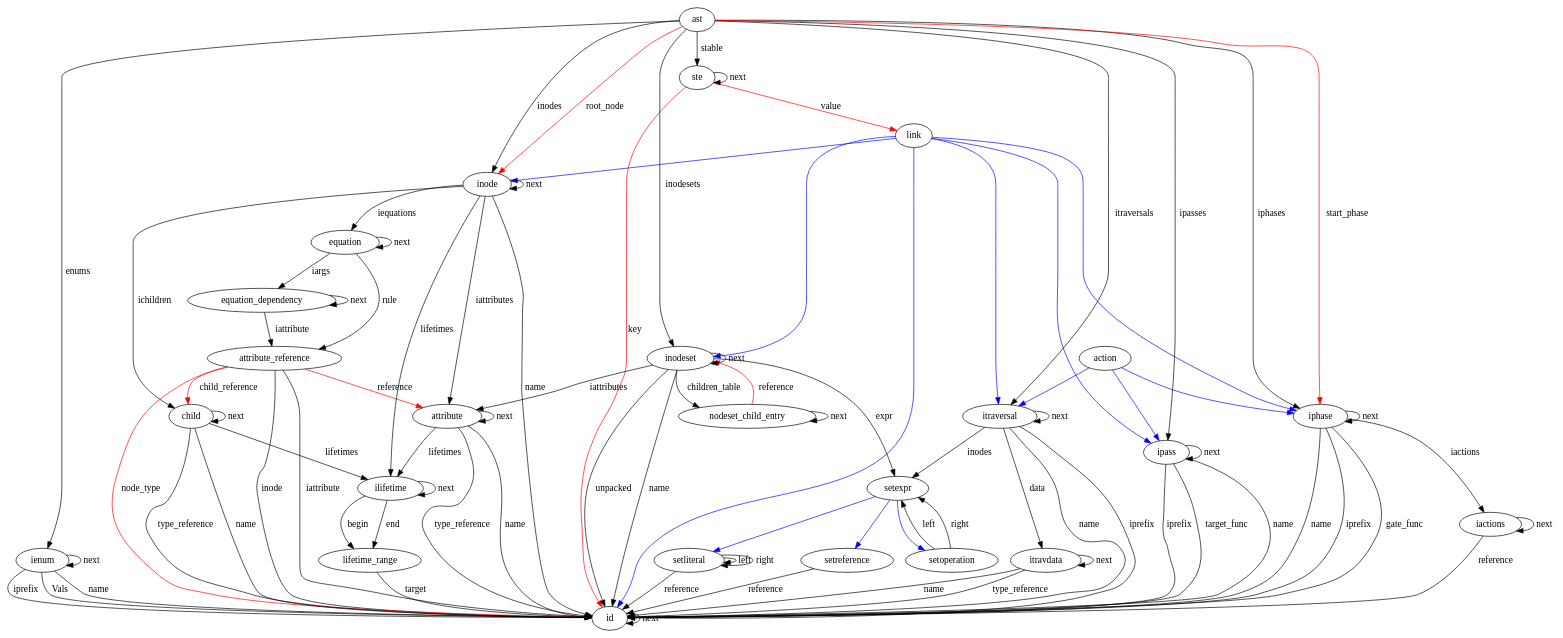
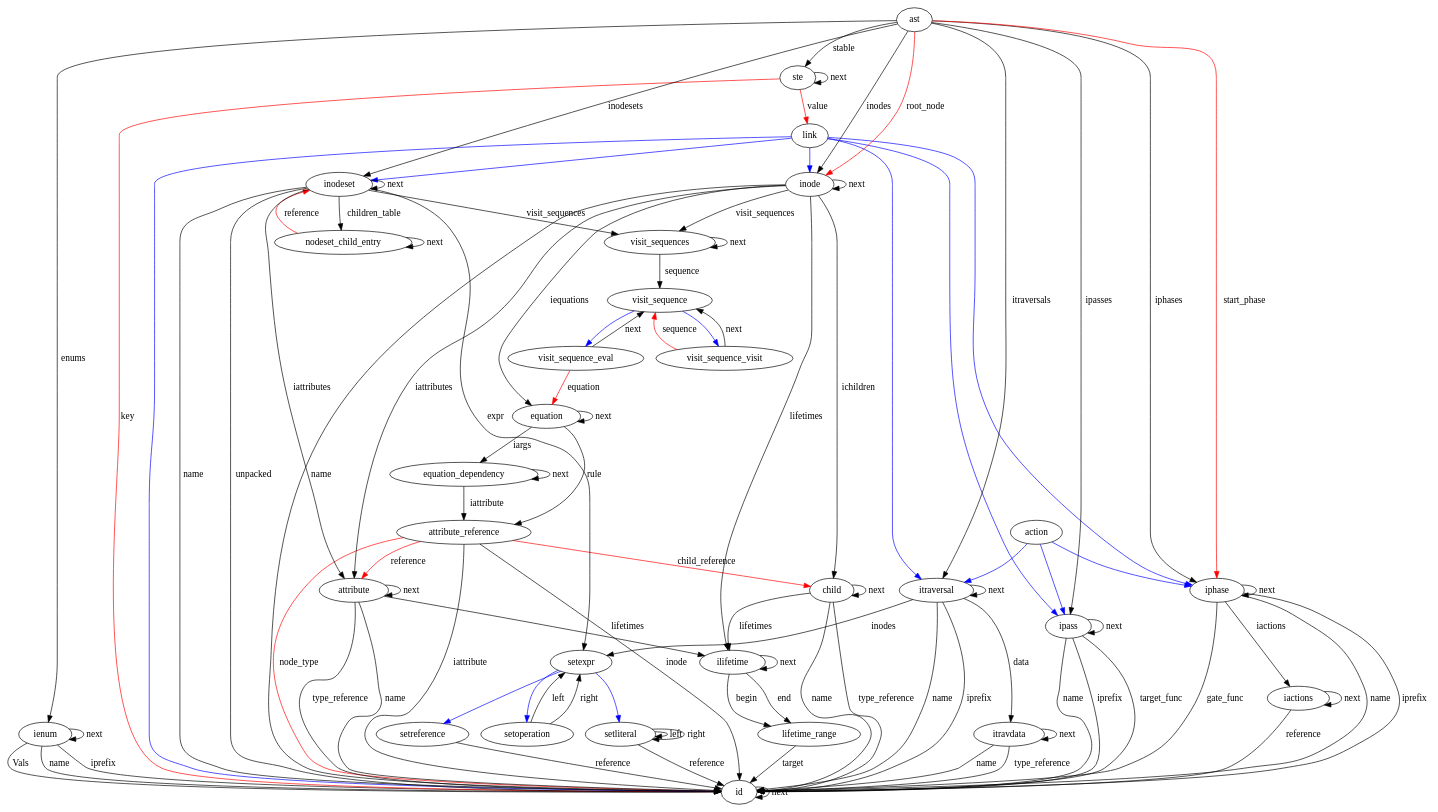
One commit to CoCoNut-UvA/coconut changed the diagram in cocogen/ccngen/ast.dot. Above: the diagram before and after it, drawn with Graphviz. The commit also changed 16 other files, not shown here.

Commit message:
WIP create visit sequences

```diff
--- a/cocogen/ccngen/ast.dot
+++ b/cocogen/ccngen/ast.dot
@@ -1,117 +1,131 @@
 digraph Ast {
 id;
 id -> id[label="next"]
 ienum;
 ienum -> id[label="Vals"]
 ienum -> id[label="name"]
 ienum -> id[label="iprefix"]
 ienum -> ienum[label="next"]
+visit_sequence_visit;
+visit_sequence_visit -> visit_sequence[label="next"]
+visit_sequence_visit -> visit_sequence[color=red, label="sequence"]
+visit_sequence_eval;
+visit_sequence_eval -> visit_sequence[label="next"]
+visit_sequence_eval -> equation[color=red, label="equation"]
+visit_sequences;
+visit_sequences -> visit_sequence[label="sequence"]
+visit_sequences -> visit_sequences[label="next"]
 attribute_reference;
 attribute_reference -> id[label="inode"]
 attribute_reference -> id[label="iattribute"]
 attribute_reference -> id[color=red, label="node_type"]
 attribute_reference -> attribute[color=red, label="reference"]
 attribute_reference -> child[color=red, label="child_reference"]
 equation_dependency;
 equation_dependency -> attribute_reference[label="iattribute"]
 equation_dependency -> equation_dependency[label="next"]
 equation;
 equation -> attribute_reference[label="rule"]
 equation -> equation_dependency[label="iargs"]
 equation -> equation[label="next"]
 attribute;
 attribute -> id[label="name"]
 attribute -> id[label="type_reference"]
 attribute -> ilifetime[label="lifetimes"]
 attribute -> attribute[label="next"]
 itravdata;
 itravdata -> id[label="name"]
 itravdata -> id[label="type_reference"]
 itravdata -> itravdata[label="next"]
 setoperation;
 setoperation -> setexpr[label="left"]
 setoperation -> setexpr[label="right"]
 setliteral;
 setliteral -> id[label="reference"]
 setliteral -> setliteral[label="left"]
 setliteral -> setliteral[label="right"]
 setreference;
 setreference -> id[label="reference"]
 ste;
 ste -> ste[label="next"]
 ste -> id[color=red, label="key"]
 ste -> link[color=red, label="value"]
 child;
 child -> id[label="name"]
 child -> ilifetime[label="lifetimes"]
 child -> child[label="next"]
 child -> id[label="type_reference"]
 lifetime_range;
 lifetime_range -> id[label="target"]
 ilifetime;
 ilifetime -> lifetime_range[label="begin"]
 ilifetime -> lifetime_range[label="end"]
 ilifetime -> ilifetime[label="next"]
 nodeset_child_entry;
 nodeset_child_entry -> nodeset_child_entry[label="next"]
 nodeset_child_entry -> inodeset[color=red, label="reference"]
 inodeset;
 inodeset -> id[label="name"]
 inodeset -> setexpr[label="expr"]
 inodeset -> attribute[label="iattributes"]
 inodeset -> id[label="unpacked"]
 inodeset -> inodeset[label="next"]
 inodeset -> nodeset_child_entry[label="children_table"]
+inodeset -> visit_sequences[label="visit_sequences"]
 inode;
 inode -> id[label="name"]
 inode -> inode[label="next"]
 inode -> child[label="ichildren"]
 inode -> attribute[label="iattributes"]
 inode -> equation[label="iequations"]
 inode -> ilifetime[label="lifetimes"]
+inode -> visit_sequences[label="visit_sequences"]
 ipass;
 ipass -> id[label="name"]
 ipass -> id[label="iprefix"]
 ipass -> id[label="target_func"]
 ipass -> ipass[label="next"]
 itraversal;
 itraversal -> id[label="name"]
 itraversal -> id[label="iprefix"]
 itraversal -> setexpr[label="inodes"]
 itraversal -> itravdata[label="data"]
 itraversal -> itraversal[label="next"]
 iphase;
 iphase -> id[label="name"]
 iphase -> id[label="iprefix"]
 iphase -> id[label="gate_func"]
 iphase -> iactions[label="iactions"]
 iphase -> iphase[label="next"]
 iactions;
 iactions -> id[label="reference"]
 iactions -> iactions[label="next"]
 ast;
 ast -> iphase[label="iphases"]
 ast -> itraversal[label="itraversals"]
 ast -> ipass[label="ipasses"]
 ast -> inode[label="inodes"]
 ast -> inodeset[label="inodesets"]
 ast -> ienum[label="enums"]
 ast -> ste[label="stable"]
 ast -> inode[color=red, label="root_node"]
 ast -> iphase[color=red, label="start_phase"]
+visit_sequence;
+visit_sequence -> visit_sequence_eval [color=blue]
+visit_sequence -> visit_sequence_visit [color=blue]
 setexpr;
 setexpr -> setoperation [color=blue]
 setexpr -> setreference [color=blue]
 setexpr -> setliteral [color=blue]
 link;
 link -> iphase [color=blue]
 link -> itraversal [color=blue]
 link -> ipass [color=blue]
 link -> inode [color=blue]
 link -> inodeset [color=blue]
 link -> id [color=blue]
 action;
 action -> iphase [color=blue]
 action -> itraversal [color=blue]
 action -> ipass [color=blue]
 }
```
